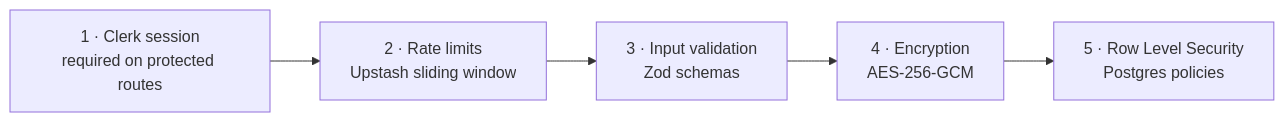
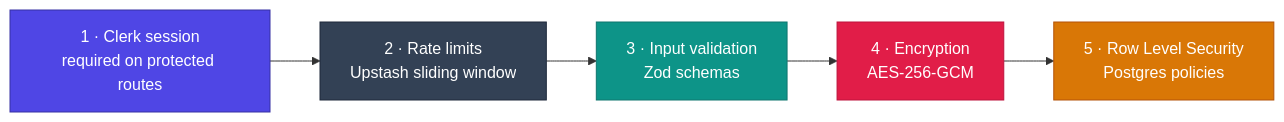
One commit to sowaxer/quivo-app changed the fifth of 5 diagrams in README.md. Above: the diagram before and after it, drawn with Mermaid. The commit also changed other lines of this file, not shown here.

First line of the commit message:
README: color-coded diagrams, phased request flow, quick navigation

````diff
--- a/README.md
+++ b/README.md
@@ -176,7 +209,17 @@
 ```mermaid
 flowchart LR
     A["1 · Clerk session<br/>required on protected routes"] --> B["2 · Rate limits<br/>Upstash sliding window"]
     B --> C["3 · Input validation<br/>Zod schemas"]
     C --> D["4 · Encryption<br/>AES-256-GCM"]
     D --> E["5 · Row Level Security<br/>Postgres policies"]
+    classDef indigo fill:#4F46E5,stroke:#3730A3,color:#fff
+    classDef teal fill:#0D9488,stroke:#0F766E,color:#fff
+    classDef amber fill:#D97706,stroke:#B45309,color:#fff
+    classDef rose fill:#E11D48,stroke:#BE123C,color:#fff
+    classDef slate fill:#334155,stroke:#1E293B,color:#fff
+    class A indigo
+    class B slate
+    class C teal
+    class D rose
+    class E amber
 ```
````
